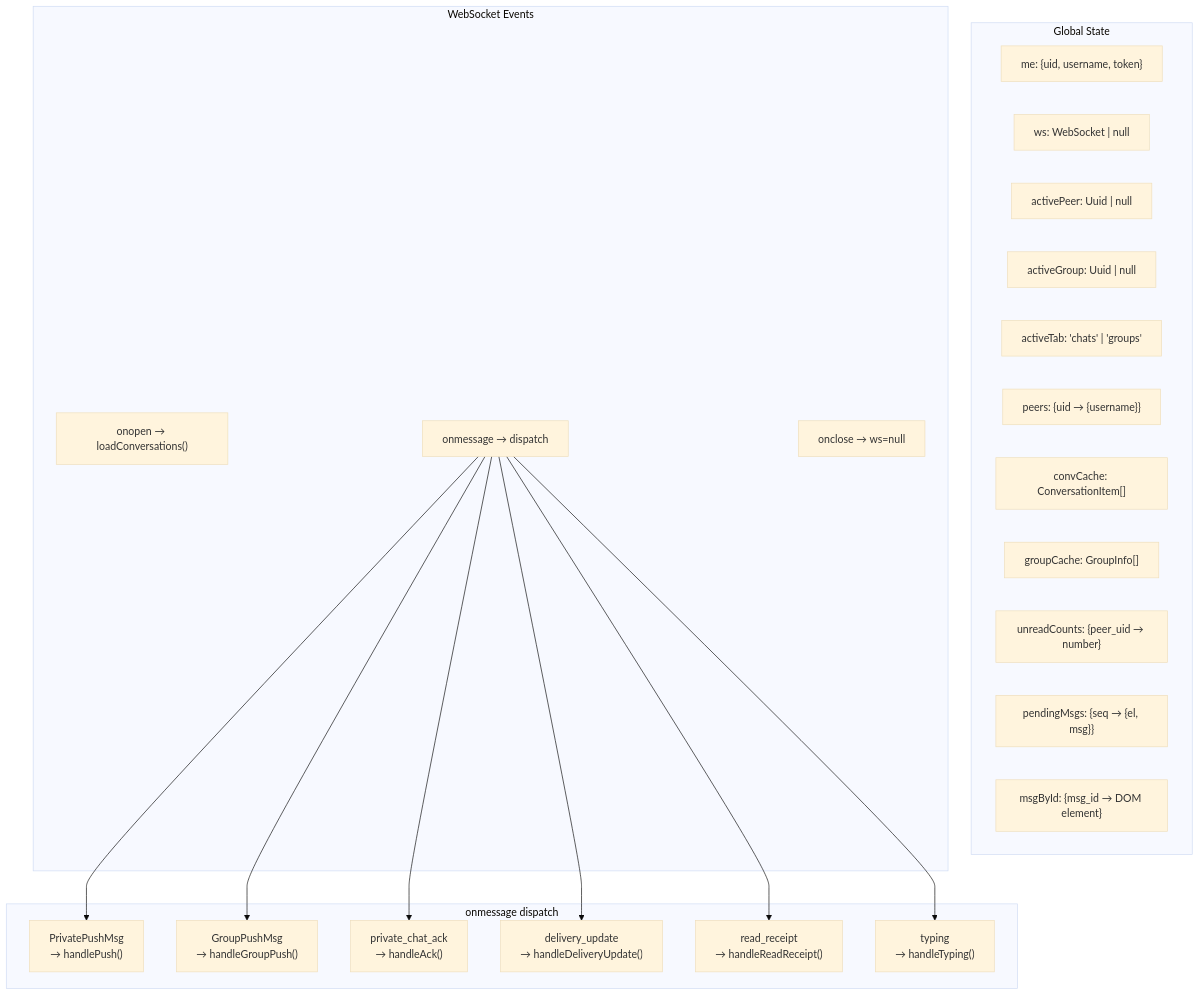
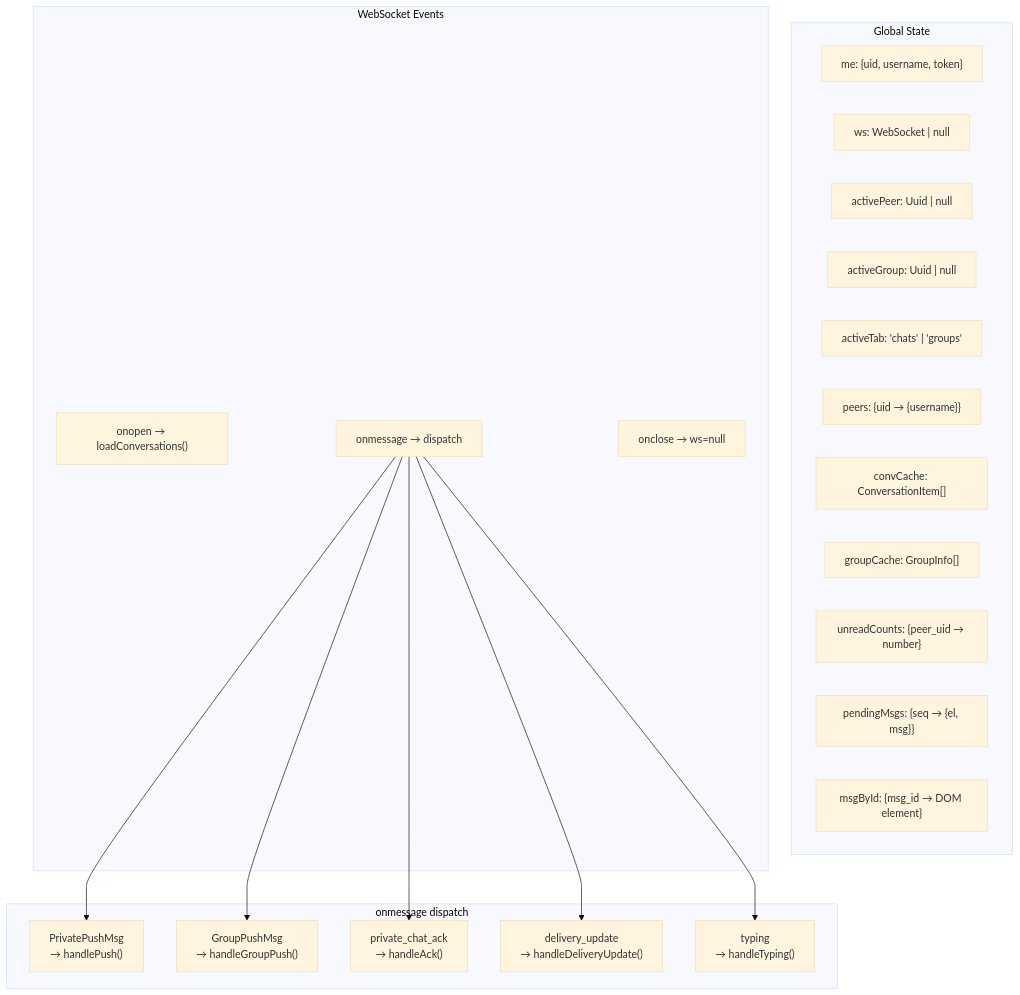
Before and after one commit to csmyx/myx-im: the ninth of 10 diagrams in doc/schema.md, drawn with Mermaid (base theme). The commit also changed 2 other files, not shown here.

Commit message:
chore: remove dead read_receipt and MarkDeliveredReq code
- chat.html: remove read_receipt dispatch branch and empty handleReadReceipt
- model.rs: remove MarkDeliveredReq and ReadReceipt structs (unused after v2)
- schema.md: remove ReadRec node from JS State Machine diagram

````diff
--- a/doc/schema.md
+++ b/doc/schema.md
@@ -379,38 +379,36 @@
 ```mermaid
 graph TB
     subgraph State["Global State"]
         me["me: {uid, username, token}"]
         ws["ws: WebSocket | null"]
         activePeer["activePeer: Uuid | null"]
         activeGroup["activeGroup: Uuid | null"]
         activeTab["activeTab: 'chats' | 'groups'"]
         peers["peers: {uid → {username}}"]
         convCache["convCache: ConversationItem[]"]
         groupCache["groupCache: GroupInfo[]"]
         unreadCounts["unreadCounts: {peer_uid → number}"]
         pendingMsgs["pendingMsgs: {seq → {el, msg}}"]
         msgById["msgById: {msg_id → DOM element}"]
     end
 
     subgraph WS_Events["WebSocket Events"]
         onopen["onopen → loadConversations()"]
         onmessage["onmessage → dispatch"]
         onclose["onclose → ws=null"]
     end
 
     subgraph Dispatch["onmessage dispatch"]
         Push["PrivatePushMsg<br/>→ handlePush()"]
         GroupPush["GroupPushMsg<br/>→ handleGroupPush()"]
         Ack["private_chat_ack<br/>→ handleAck()"]
         Delivery["delivery_update<br/>→ handleDeliveryUpdate()"]
-        ReadRec["read_receipt<br/>→ handleReadReceipt()"]
         Typing["typing<br/>→ handleTyping()"]
     end
 
     onmessage --> Push
     onmessage --> GroupPush
     onmessage --> Ack
     onmessage --> Delivery
-    onmessage --> ReadRec
     onmessage --> Typing
 ```
````
